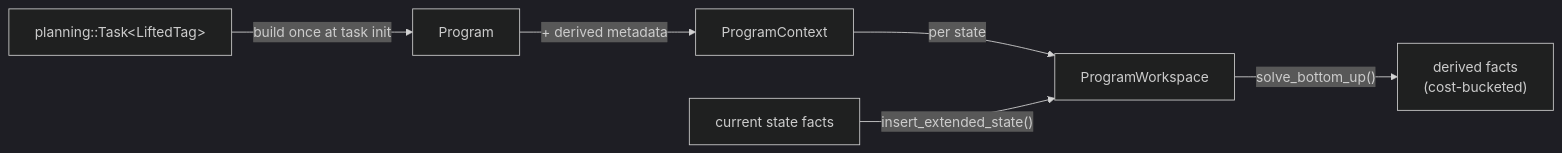
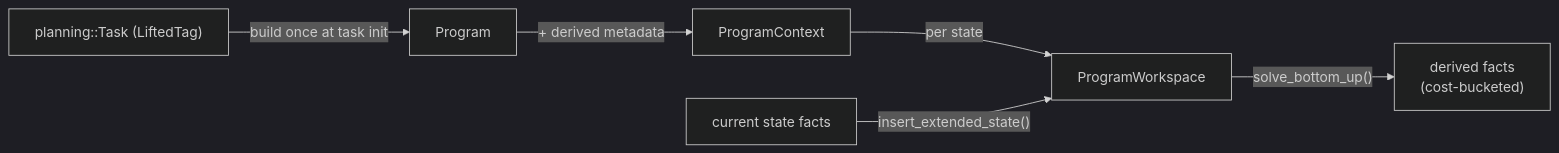
One commit to mrlab-ai/Tyr-lifted-pdb changed the diagram in docs/design/datalog.md. Above: the diagram before and after it, drawn with Mermaid (dark theme). The commit also changed 2 other files, not shown here.

Commit message:
fix mermaid: drop HTML-escaped angle brackets that broke GitHub rendering

````diff
--- a/docs/design/datalog.md
+++ b/docs/design/datalog.md
@@ -13,8 +13,8 @@
 ```mermaid
 graph LR
-  Task[planning::Task&lt;LiftedTag&gt;] -->|"build once at task init"| Program
+  Task["planning::Task (LiftedTag)"] -->|"build once at task init"| Program
   Program -->|"+ derived metadata"| Context["ProgramContext"]
   Context -->|"per state"| Workspace["ProgramWorkspace"]
   State[current state facts] -->|"insert_extended_state()"| Workspace
   Workspace -->|"solve_bottom_up()"| Result["derived facts<br/>(cost-bucketed)"]
 ```
````
